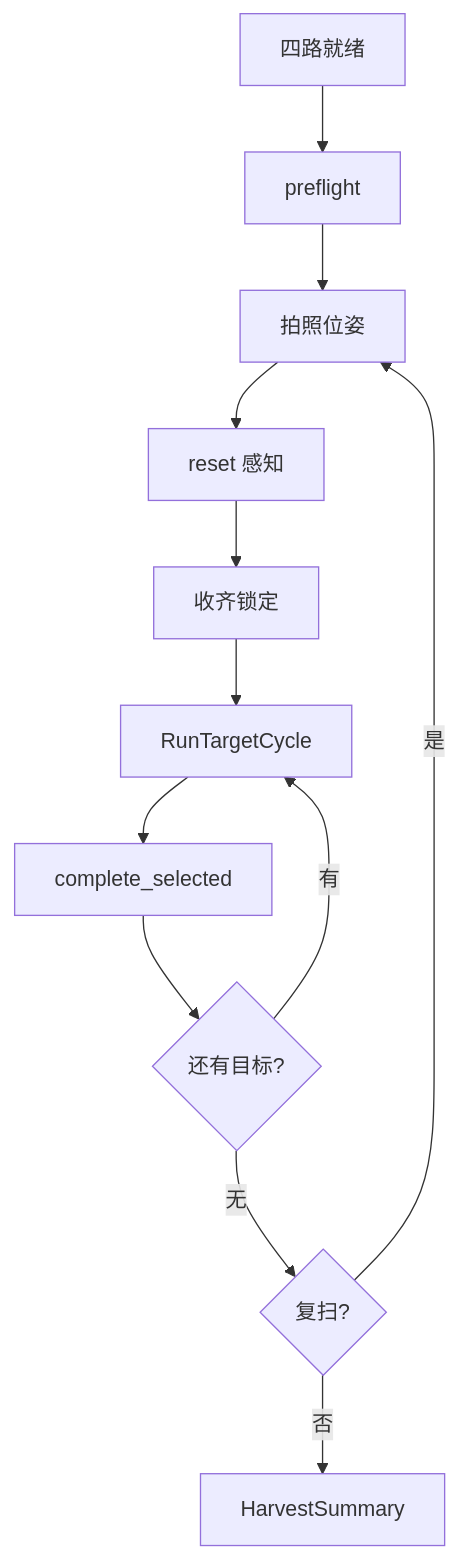
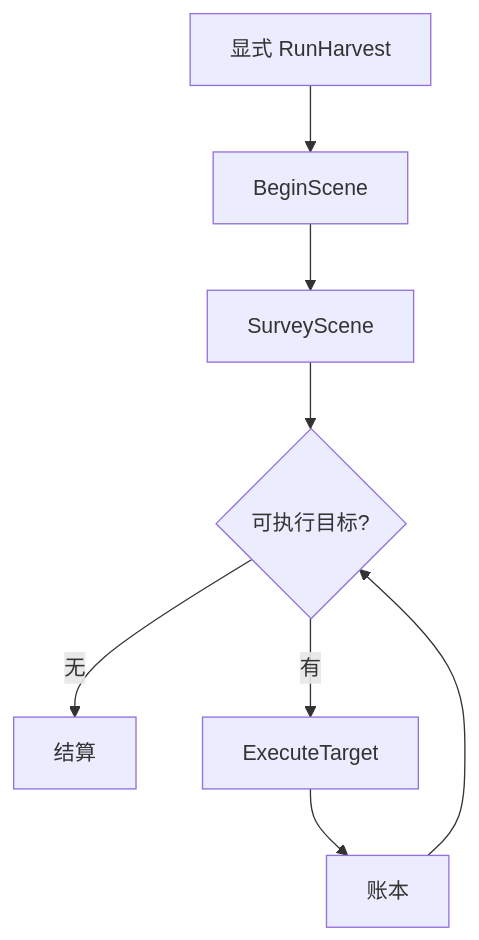
The diagram in docs/flow.md (MUHAN11-c/aubo_boot), drawn with Mermaid before and after one commit. The commit also changed other lines of this file and 437 other files, not shown here.

````diff
--- a/docs/flow.md
+++ b/docs/flow.md
@@ -78,14 +61,10 @@
 ```mermaid
 flowchart TD
-  A[四路就绪] --> B[preflight]
-  B --> C[拍照位姿]
-  C --> D[reset 感知]
-  D --> E[收齐锁定]
-  E --> F[RunTargetCycle]
-  F --> G[complete_selected]
-  G --> H{还有目标?}
-  H -->|有| F
-  H -->|无| I{复扫?}
-  I -->|是| C
-  I -->|否| J[HarvestSummary]
+  A[显式 RunHarvest] --> B[BeginScene]
+  B --> C[SurveyScene]
+  C --> D{可执行目标?}
+  D -->|无| E[结算]
+  D -->|有| G[ExecuteTarget]
+  G --> H[账本]
+  H --> D
 ```
````
